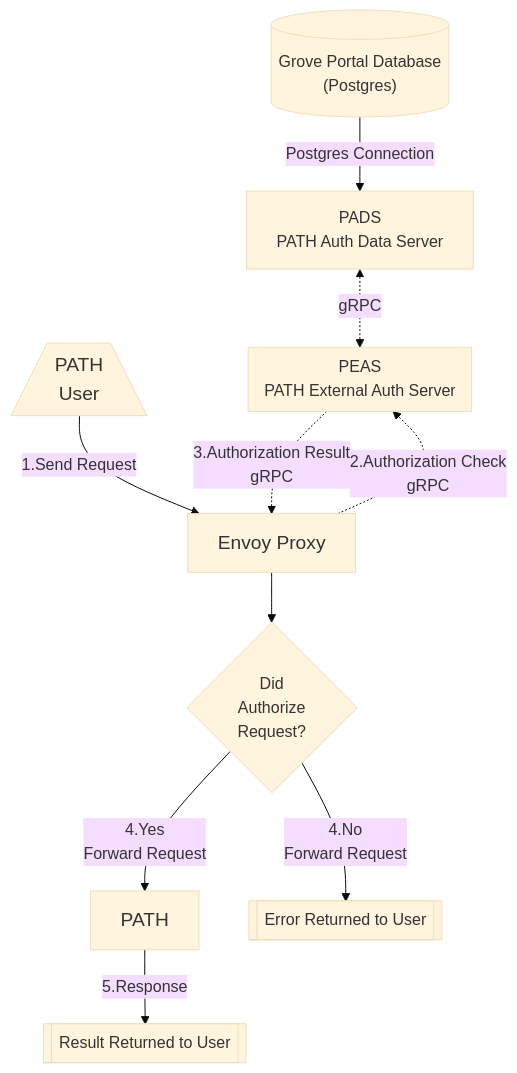
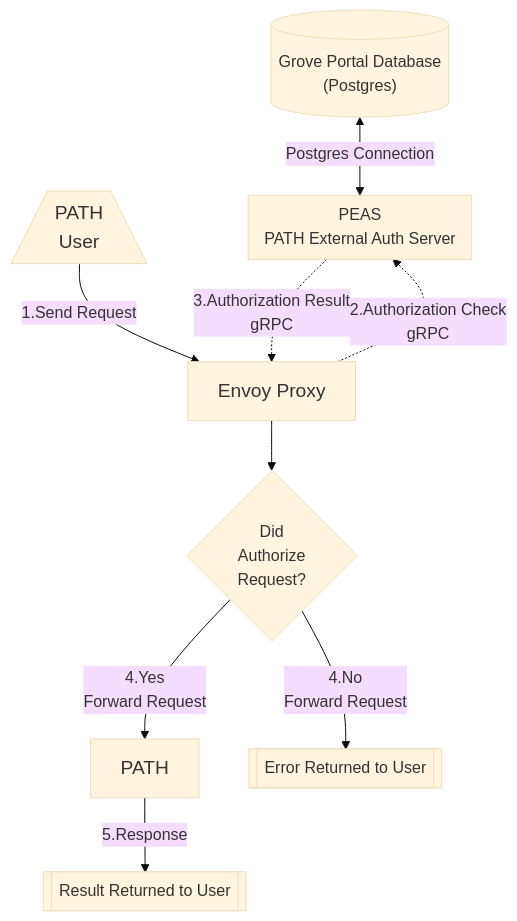
Before and after one commit to buildwithgrove/path: the diagram in docusaurus/docs/operate/helm/6_grove.md, drawn with Mermaid (base theme). The commit also changed other lines of this file, not shown here.

Commit message:
chore: update grove auth doc to reflect PADS' death

````diff
--- a/docusaurus/docs/operate/helm/6_grove.md
+++ b/docusaurus/docs/operate/helm/6_grove.md
@@ -49,30 +47,27 @@
 ```mermaid
 graph TD
     User[/"<big>PATH<br>User</big>"\]
     Envoy[<big>Envoy Proxy</big>]
 
     AUTH["PEAS (PATH External Auth Server)"]
     AUTH_DECISION{Did<br>Authorize<br>Request?}
     PATH[<big>PATH</big>]
 
     Error[[Error Returned to User]]
     Result[[Result Returned to User]]
 
-    GRPCServer["PADS<br>PATH Auth Data Server"]
     GroveDB[("Grove Portal Database<br>(Postgres)")]
 
     subgraph AUTH["PEAS<br/>PATH External Auth Server"]
     end
 
     User -->|1.Send Request| Envoy
     Envoy -.->|2.Authorization Check<br>gRPC| AUTH
     AUTH -.->|3.Authorization Result<br>gRPC| Envoy
     Envoy --> AUTH_DECISION
     AUTH_DECISION -->|4.No <br> Forward Request| Error
     AUTH_DECISION -->|4.Yes <br> Forward Request| PATH
     PATH -->|5.Response| Result
 
-    GroveDB -->|Postgres Connection| GRPCServer
-
-    GRPCServer <-.-> |gRPC| AUTH
+    GroveDB <-->|Postgres Connection| AUTH
 ```
````
